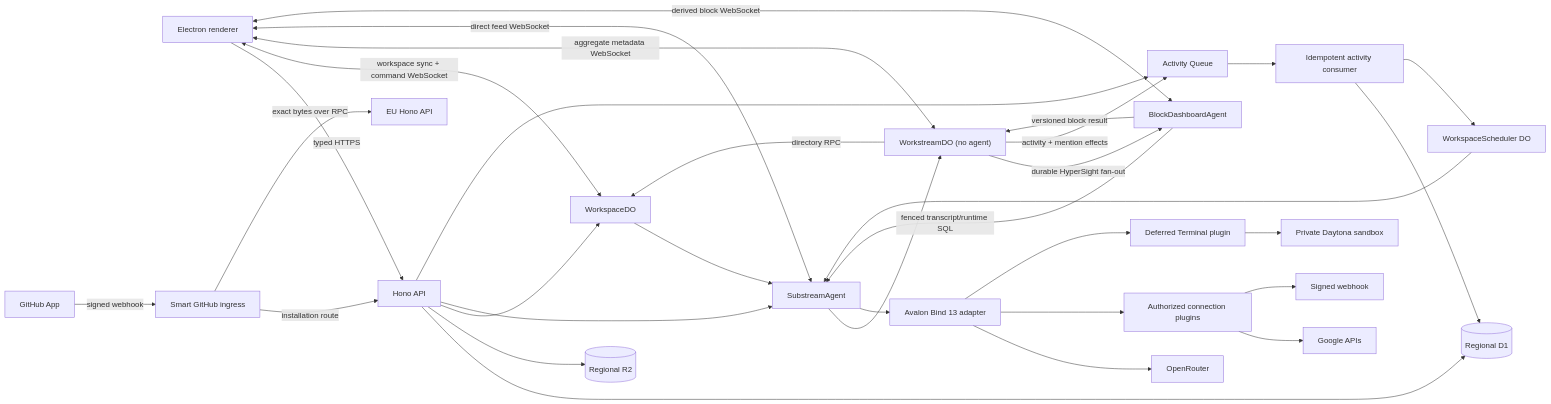
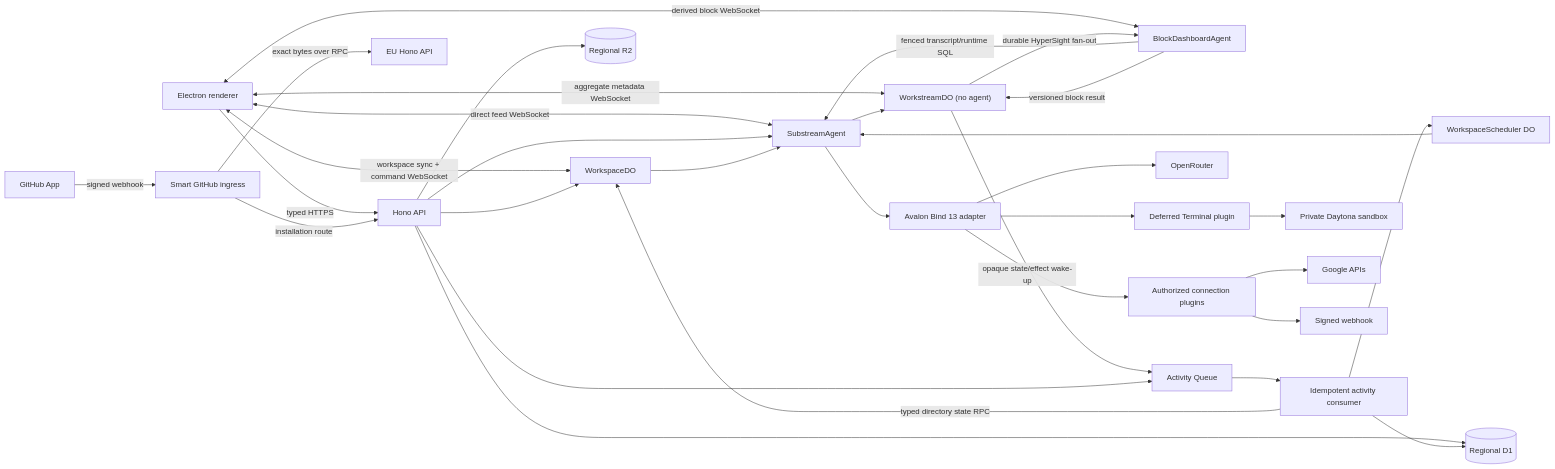
Before and after one commit to juno-ai-labs/avalon: the diagram in docs/architecture.md, drawn with Mermaid. The commit also changed other lines of this file and 38 other files, not shown here.

````diff
--- a/docs/architecture.md
+++ b/docs/architecture.md
@@ -83,34 +83,34 @@
 ```mermaid
 flowchart LR
   E["Electron renderer"] -->|"typed HTTPS"| H["Hono API"]
   E <-->|"workspace sync + command WebSocket"| WD["WorkspaceDO"]
   E <-->|"aggregate metadata WebSocket"| WS["WorkstreamDO (no agent)"]
   E <-->|"direct feed WebSocket"| SA["SubstreamAgent"]
   E <-->|"derived block WebSocket"| HB["BlockDashboardAgent"]
   WS -->|"durable HyperSight fan-out"| HB["BlockDashboardAgent"]
   HB -->|"fenced transcript/runtime SQL"| SA
   HB -->|"versioned block result"| WS
   H --> D[("Regional D1")]
   H --> B[("Regional R2")]
   H --> WD
   H --> SA
   WD --> SA
   SA --> WS
-  WS -->|"directory RPC"| WD
-  WS -->|"activity + mention effects"| Q
+  WS -->|"opaque state/effect wake-up"| Q
   H --> Q["Activity Queue"]
   GH["GitHub App"] -->|"signed webhook"| GI["Smart GitHub ingress"]
   GI -->|"installation route"| H
   GI -->|"exact bytes over RPC"| EH["EU Hono API"]
   Q --> C["Idempotent activity consumer"]
+  C -->|"typed directory state RPC"| WD
   C --> D
   C --> S["WorkspaceScheduler DO"]
   S --> SA
   SA --> A["Avalon Bind 13 adapter"]
   A --> O["OpenRouter"]
   A --> T["Authorized connection plugins"]
   A --> X["Deferred Terminal plugin"]
   X --> DT["Private Daytona sandbox"]
   T --> G["Google APIs"]
   T --> M["Signed webhook"]
 ```
````
